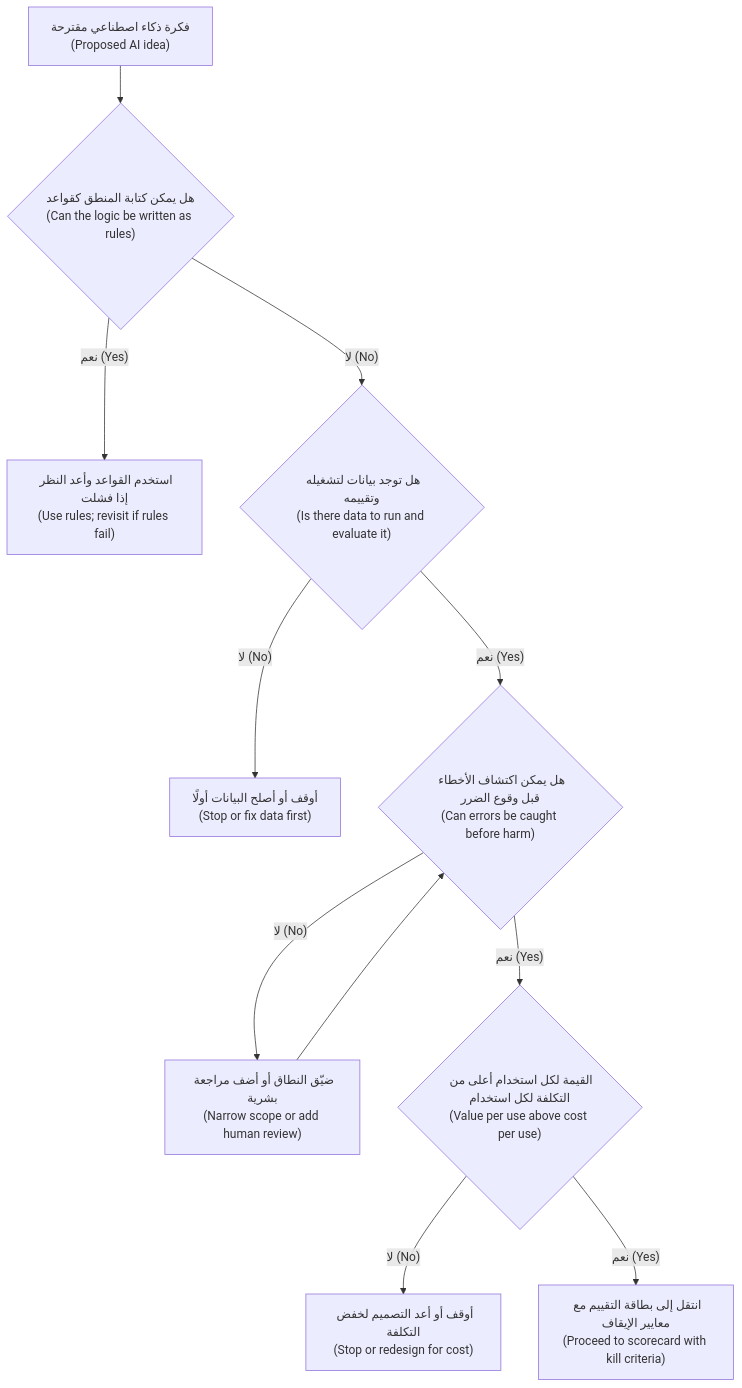
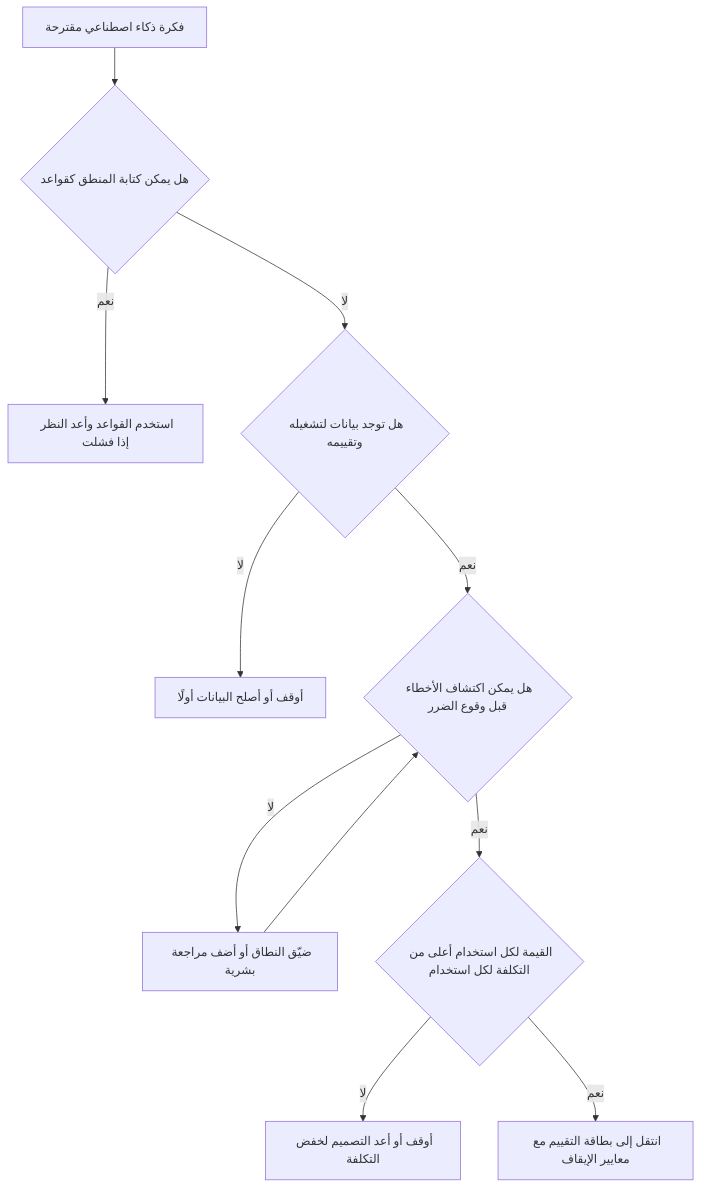
The third of 3 diagrams in aipm/modules/02-discovery.ar.md (Tamoura/system-design-for-vibe-coders), drawn with Mermaid before and after one commit. The commit also changed other lines of this file and 551 other files, not shown here.

````diff
--- a/aipm/modules/02-discovery.ar.md
+++ b/aipm/modules/02-discovery.ar.md
@@ -504,13 +522,13 @@
 ```mermaid
 flowchart TD
-    A["فكرة ذكاء اصطناعي مقترحة<br/>(Proposed AI idea)"] --> B{"هل يمكن كتابة المنطق كقواعد<br/>(Can the logic be written as rules)"}
-    B -- "نعم (Yes)" --> R["استخدم القواعد وأعد النظر إذا فشلت<br/>(Use rules#59; revisit if rules fail)"]
-    B -- "لا (No)" --> C{"هل توجد بيانات لتشغيله وتقييمه<br/>(Is there data to run and evaluate it)"}
-    C -- "لا (No)" --> D["أوقف أو أصلح البيانات أولًا<br/>(Stop or fix data first)"]
-    C -- "نعم (Yes)" --> E{"هل يمكن اكتشاف الأخطاء قبل وقوع الضرر<br/>(Can errors be caught before harm)"}
-    E -- "لا (No)" --> F["ضيّق النطاق أو أضف مراجعة بشرية<br/>(Narrow scope or add human review)"]
-    E -- "نعم (Yes)" --> G{"القيمة لكل استخدام أعلى من التكلفة لكل استخدام<br/>(Value per use above cost per use)"}
-    G -- "لا (No)" --> H["أوقف أو أعد التصميم لخفض التكلفة<br/>(Stop or redesign for cost)"]
-    G -- "نعم (Yes)" --> I["انتقل إلى بطاقة التقييم مع معايير الإيقاف<br/>(Proceed to scorecard with kill criteria)"]
+    A["فكرة ذكاء اصطناعي مقترحة"] --> B{"هل يمكن كتابة المنطق كقواعد"}
+    B -- "نعم" --> R["استخدم القواعد وأعد النظر إذا فشلت"]
+    B -- "لا" --> C{"هل توجد بيانات لتشغيله وتقييمه"}
+    C -- "لا" --> D["أوقف أو أصلح البيانات أولًا"]
+    C -- "نعم" --> E{"هل يمكن اكتشاف الأخطاء قبل وقوع الضرر"}
+    E -- "لا" --> F["ضيّق النطاق أو أضف مراجعة بشرية"]
+    E -- "نعم" --> G{"القيمة لكل استخدام أعلى من التكلفة لكل استخدام"}
+    G -- "لا" --> H["أوقف أو أعد التصميم لخفض التكلفة"]
+    G -- "نعم" --> I["انتقل إلى بطاقة التقييم مع معايير الإيقاف"]
     F --> E
 ```
````
